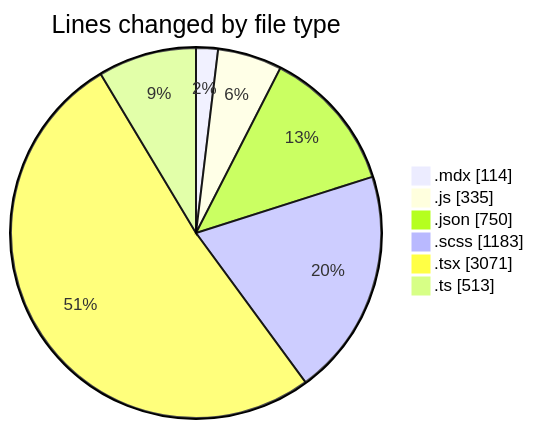
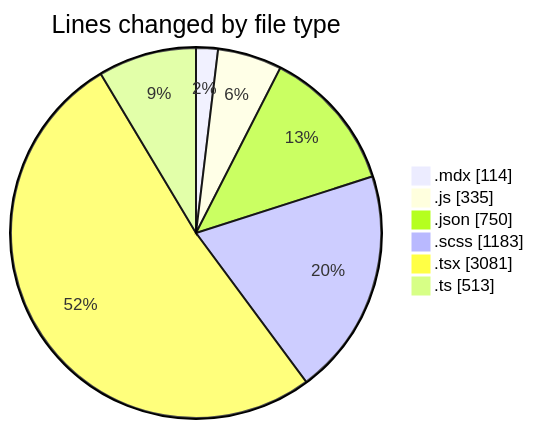
The first of 2 diagrams in 2026-08-13/cda/README.md (momahboobian/code-tracking), drawn with Mermaid before and after one commit. The commit also changed other lines of this file and 1 other file, not shown here.

````diff
--- a/2026-08-13/cda/README.md
+++ b/2026-08-13/cda/README.md
@@ -46,10 +46,10 @@
 ```mermaid
 pie showData
 title Lines changed by file type
 ".mdx" : 114
 ".js" : 335
 ".json" : 750
 ".scss" : 1183
-".tsx" : 3071
+".tsx" : 3081
 ".ts" : 513
 ```
````
